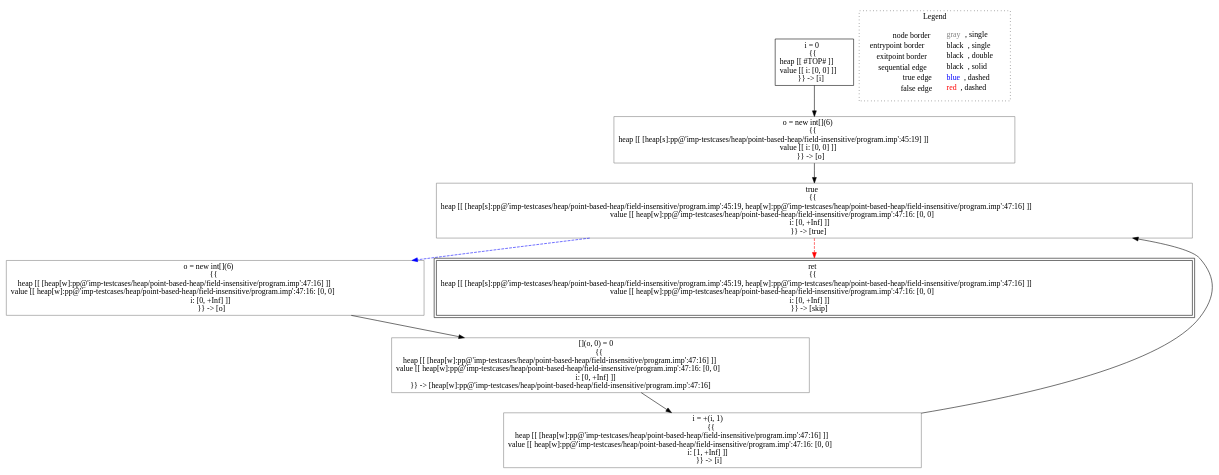
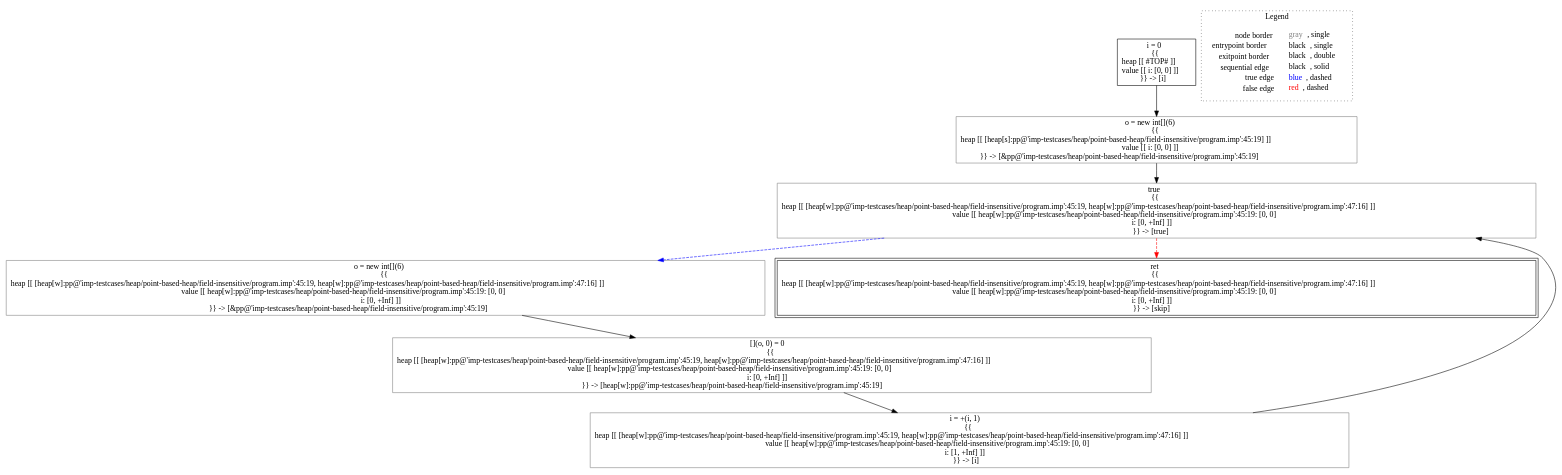
One commit to lisa-analyzer/lisa changed the diagram in lisa/imp-testcases/heap/point-based-heap/field-insensitive/analysis___untyped_A.f5(A_this).dot. Above: the diagram before and after it, drawn with Graphviz. The commit also changed 15 other files, not shown here.

Commit message:
#95 refactoring, simplified point based analysis

```diff
--- a/lisa/imp-testcases/heap/point-based-heap/field-insensitive/analysis___untyped_A.f5(A_this).dot
+++ b/lisa/imp-testcases/heap/point-based-heap/field-insensitive/analysis___untyped_A.f5(A_this).dot
@@ -1,23 +1,23 @@
 digraph {
 	"node0" [shape="rect",color="black",label=<i = 0<BR/>{{<BR/>heap [[ #TOP# ]]<BR/>value [[ i: [0, 0] ]]<BR/>}} -&gt; [i]>];
-	"node1" [shape="rect",color="gray",label=<true<BR/>{{<BR/>heap [[ [heap[s]:pp@'imp-testcases/heap/point-based-heap/field-insensitive/program.imp':45:19, heap[w]:pp@'imp-testcases/heap/point-based-heap/field-insensitive/program.imp':47:16] ]]<BR/>value [[ heap[w]:pp@'imp-testcases/heap/point-based-heap/field-insensitive/program.imp':47:16: [0, 0]<BR/>i: [0, +Inf] ]]<BR/>}} -&gt; [true]>];
-	"node2" [shape="rect",color="gray",label=<o = new int[](6)<BR/>{{<BR/>heap [[ [heap[w]:pp@'imp-testcases/heap/point-based-heap/field-insensitive/program.imp':47:16] ]]<BR/>value [[ heap[w]:pp@'imp-testcases/heap/point-based-heap/field-insensitive/program.imp':47:16: [0, 0]<BR/>i: [0, +Inf] ]]<BR/>}} -&gt; [o]>];
-	"node3" [shape="rect",color="black",peripheries="2",label=<ret<BR/>{{<BR/>heap [[ [heap[s]:pp@'imp-testcases/heap/point-based-heap/field-insensitive/program.imp':45:19, heap[w]:pp@'imp-testcases/heap/point-based-heap/field-insensitive/program.imp':47:16] ]]<BR/>value [[ heap[w]:pp@'imp-testcases/heap/point-based-heap/field-insensitive/program.imp':47:16: [0, 0]<BR/>i: [0, +Inf] ]]<BR/>}} -&gt; [skip]>];
-	"node4" [shape="rect",color="gray",label=<i = +(i, 1)<BR/>{{<BR/>heap [[ [heap[w]:pp@'imp-testcases/heap/point-based-heap/field-insensitive/program.imp':47:16] ]]<BR/>value [[ heap[w]:pp@'imp-testcases/heap/point-based-heap/field-insensitive/program.imp':47:16: [0, 0]<BR/>i: [1, +Inf] ]]<BR/>}} -&gt; [i]>];
-	"node5" [shape="rect",color="gray",label=<[](o, 0) = 0<BR/>{{<BR/>heap [[ [heap[w]:pp@'imp-testcases/heap/point-based-heap/field-insensitive/program.imp':47:16] ]]<BR/>value [[ heap[w]:pp@'imp-testcases/heap/point-based-heap/field-insensitive/program.imp':47:16: [0, 0]<BR/>i: [0, +Inf] ]]<BR/>}} -&gt; [heap[w]:pp@'imp-testcases/heap/point-based-heap/field-insensitive/program.imp':47:16]>];
-	"node6" [shape="rect",color="gray",label=<o = new int[](6)<BR/>{{<BR/>heap [[ [heap[s]:pp@'imp-testcases/heap/point-based-heap/field-insensitive/program.imp':45:19] ]]<BR/>value [[ i: [0, 0] ]]<BR/>}} -&gt; [o]>];
+	"node1" [shape="rect",color="gray",label=<true<BR/>{{<BR/>heap [[ [heap[w]:pp@'imp-testcases/heap/point-based-heap/field-insensitive/program.imp':45:19, heap[w]:pp@'imp-testcases/heap/point-based-heap/field-insensitive/program.imp':47:16] ]]<BR/>value [[ heap[w]:pp@'imp-testcases/heap/point-based-heap/field-insensitive/program.imp':45:19: [0, 0]<BR/>i: [0, +Inf] ]]<BR/>}} -&gt; [true]>];
+	"node2" [shape="rect",color="gray",label=<o = new int[](6)<BR/>{{<BR/>heap [[ [heap[w]:pp@'imp-testcases/heap/point-based-heap/field-insensitive/program.imp':45:19, heap[w]:pp@'imp-testcases/heap/point-based-heap/field-insensitive/program.imp':47:16] ]]<BR/>value [[ heap[w]:pp@'imp-testcases/heap/point-based-heap/field-insensitive/program.imp':45:19: [0, 0]<BR/>i: [0, +Inf] ]]<BR/>}} -&gt; [&amp;pp@'imp-testcases/heap/point-based-heap/field-insensitive/program.imp':45:19]>];
+	"node3" [shape="rect",color="black",peripheries="2",label=<ret<BR/>{{<BR/>heap [[ [heap[w]:pp@'imp-testcases/heap/point-based-heap/field-insensitive/program.imp':45:19, heap[w]:pp@'imp-testcases/heap/point-based-heap/field-insensitive/program.imp':47:16] ]]<BR/>value [[ heap[w]:pp@'imp-testcases/heap/point-based-heap/field-insensitive/program.imp':45:19: [0, 0]<BR/>i: [0, +Inf] ]]<BR/>}} -&gt; [skip]>];
+	"node4" [shape="rect",color="gray",label=<i = +(i, 1)<BR/>{{<BR/>heap [[ [heap[w]:pp@'imp-testcases/heap/point-based-heap/field-insensitive/program.imp':45:19, heap[w]:pp@'imp-testcases/heap/point-based-heap/field-insensitive/program.imp':47:16] ]]<BR/>value [[ heap[w]:pp@'imp-testcases/heap/point-based-heap/field-insensitive/program.imp':45:19: [0, 0]<BR/>i: [1, +Inf] ]]<BR/>}} -&gt; [i]>];
+	"node5" [shape="rect",color="gray",label=<[](o, 0) = 0<BR/>{{<BR/>heap [[ [heap[w]:pp@'imp-testcases/heap/point-based-heap/field-insensitive/program.imp':45:19, heap[w]:pp@'imp-testcases/heap/point-based-heap/field-insensitive/program.imp':47:16] ]]<BR/>value [[ heap[w]:pp@'imp-testcases/heap/point-based-heap/field-insensitive/program.imp':45:19: [0, 0]<BR/>i: [0, +Inf] ]]<BR/>}} -&gt; [heap[w]:pp@'imp-testcases/heap/point-based-heap/field-insensitive/program.imp':45:19]>];
+	"node6" [shape="rect",color="gray",label=<o = new int[](6)<BR/>{{<BR/>heap [[ [heap[s]:pp@'imp-testcases/heap/point-based-heap/field-insensitive/program.imp':45:19] ]]<BR/>value [[ i: [0, 0] ]]<BR/>}} -&gt; [&amp;pp@'imp-testcases/heap/point-based-heap/field-insensitive/program.imp':45:19]>];
 	"node1" -> "node2" [color="blue",style="dashed"];
 	"node1" -> "node3" [color="red",style="dashed"];
 	"node2" -> "node5" [color="black"];
+	"node4" -> "node1" [color="black"];
 	"node0" -> "node6" [color="black"];
-	"node4" -> "node1" [color="black"];
 	"node5" -> "node4" [color="black"];
 	"node6" -> "node1" [color="black"];
 subgraph cluster_legend {
 	label="Legend";
 	style=dotted;
 	node [shape=plaintext];
 	"legend" [label=<<table border="0" cellpadding="2" cellspacing="0" cellborder="0"><tr><td align="right">node border&nbsp;</td><td align="left"><font color="gray">gray</font>, single</td></tr><tr><td align="right">entrypoint border&nbsp;</td><td align="left"><font color="black">black</font>, single</td></tr><tr><td align="right">exitpoint border&nbsp;</td><td align="left"><font color="black">black</font>, double</td></tr><tr><td align="right">sequential edge&nbsp;</td><td align="left"><font color="black">black</font>, solid</td></tr><tr><td align="right">true edge&nbsp;</td><td align="left"><font color="blue">blue</font>, dashed</td></tr><tr><td align="right">false edge&nbsp;</td><td align="left"><font color="red">red</font>, dashed</td></tr></table>>];
 }
 
 }
```
